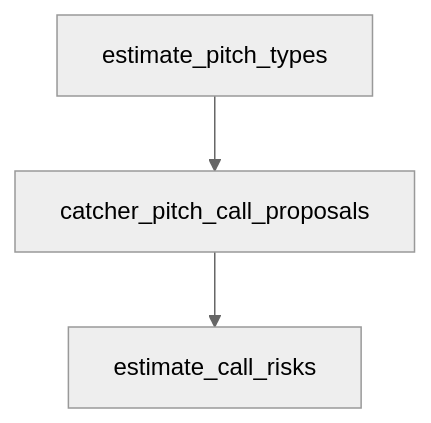
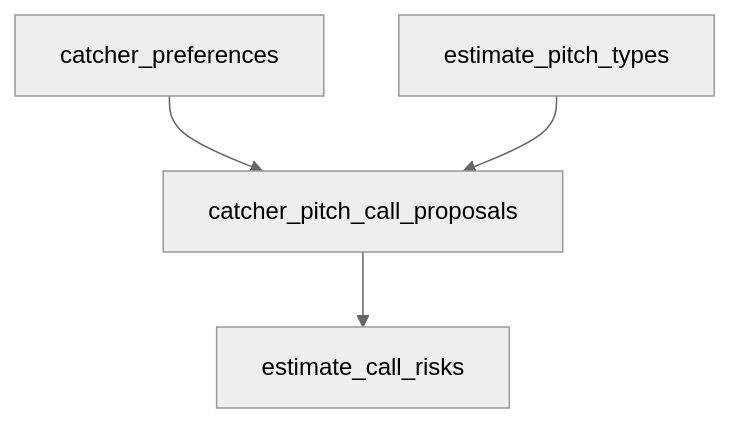
Before and after one commit to torafugu/saberbb: the diagram in docs/mmd/catcher_pitch_call_proposals.mmd, drawn with Mermaid (neutral theme). The commit also changed 8 other files, not shown here.

```diff
--- a/docs/mmd/catcher_pitch_call_proposals.mmd
+++ b/docs/mmd/catcher_pitch_call_proposals.mmd
@@ -1,3 +1,4 @@
 flowchart TD
+    catcher_preferences --> catcher_pitch_call_proposals
     estimate_pitch_types --> catcher_pitch_call_proposals
     catcher_pitch_call_proposals --> estimate_call_risks
```
